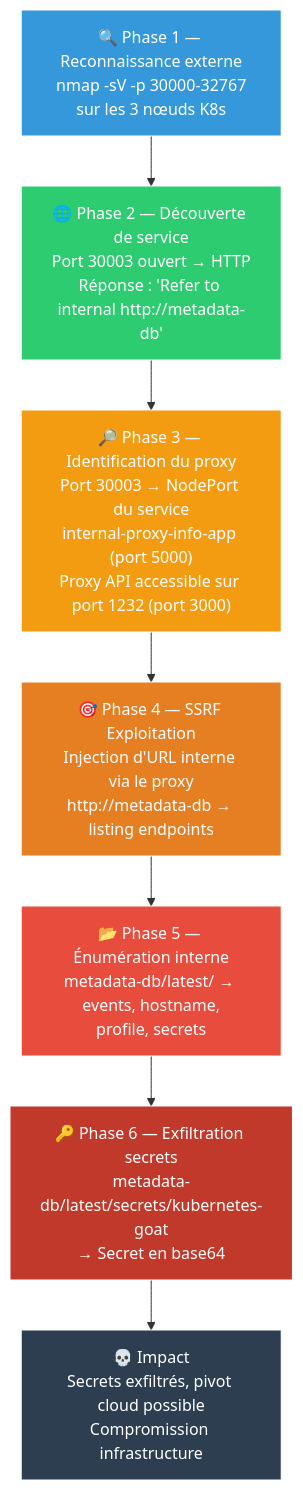
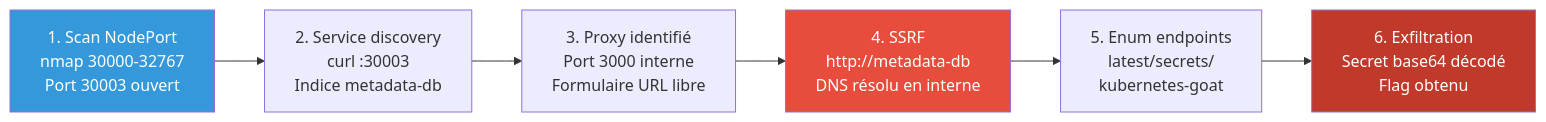
Before and after one commit to hikenroot/hikenroot-forge: the second of 5 diagrams in docs/labs/cloud-lab/SC-CLD-002-ssrf-in-the-kubernetes-world.md, drawn with Mermaid. The commit also changed other lines of this file, not shown here.

Commit message:
feat: SC-CLD-002 SSRF — refonte complète, ajout résumé exécutif, impact métier, COMEX, Sigma

````diff
--- a/docs/labs/cloud-lab/SC-CLD-002-ssrf-in-the-kubernetes-world.md
+++ b/docs/labs/cloud-lab/SC-CLD-002-ssrf-in-the-kubernetes-world.md
@@ -30,17 +92,12 @@
 ```mermaid
-graph TD
-    A["🔍 Phase 1 — Reconnaissance externe<br/>nmap -sV -p 30000-32767<br/>sur les 3 nœuds K8s"] --> B["🌐 Phase 2 — Découverte de service<br/>Port 30003 ouvert → HTTP<br/>Réponse : 'Refer to internal http://metadata-db'"]
-    B --> C["🔎 Phase 3 — Identification du proxy<br/>Port 30003 → NodePort du service<br/>internal-proxy-info-app (port 5000)<br/>Proxy API accessible sur port 1232 (port 3000)"]
-    C --> D["🎯 Phase 4 — SSRF Exploitation<br/>Injection d'URL interne via le proxy<br/>http://metadata-db → listing endpoints"]
-    D --> E["📂 Phase 5 — Énumération interne<br/>metadata-db/latest/ → events, hostname,<br/>profile, secrets"]
-    E --> F["🔑 Phase 6 — Exfiltration secrets<br/>metadata-db/latest/secrets/kubernetes-goat<br/>→ Secret en base64"]
-    F --> G["💀 Impact<br/>Secrets exfiltrés, pivot cloud possible<br/>Compromission infrastructure"]
+graph LR
+    A["1. Scan NodePort<br/>nmap 30000-32767<br/>Port 30003 ouvert"] --> B["2. Service discovery<br/>curl :30003<br/>Indice metadata-db"]
+    B --> C["3. Proxy identifié<br/>Port 3000 interne<br/>Formulaire URL libre"]
+    C --> D["4. SSRF<br/>http://metadata-db<br/>DNS résolu en interne"]
+    D --> E["5. Enum endpoints<br/>latest/secrets/<br/>kubernetes-goat"]
+    E --> F["6. Exfiltration<br/>Secret base64 décodé<br/>Flag obtenu"]
 
-    style A fill:#3498db,stroke:#fff,color:#fff
-    style B fill:#2ecc71,stroke:#fff,color:#fff
-    style C fill:#f39c12,stroke:#fff,color:#fff
-    style D fill:#e67e22,stroke:#fff,color:#fff
-    style E fill:#e74c3c,stroke:#fff,color:#fff
-    style F fill:#c0392b,stroke:#fff,color:#fff
-    style G fill:#2c3e50,stroke:#fff,color:#fff
+    style A fill:#3498db,color:#fff
+    style D fill:#e74c3c,color:#fff
+    style F fill:#c0392b,color:#fff
 ```
````
